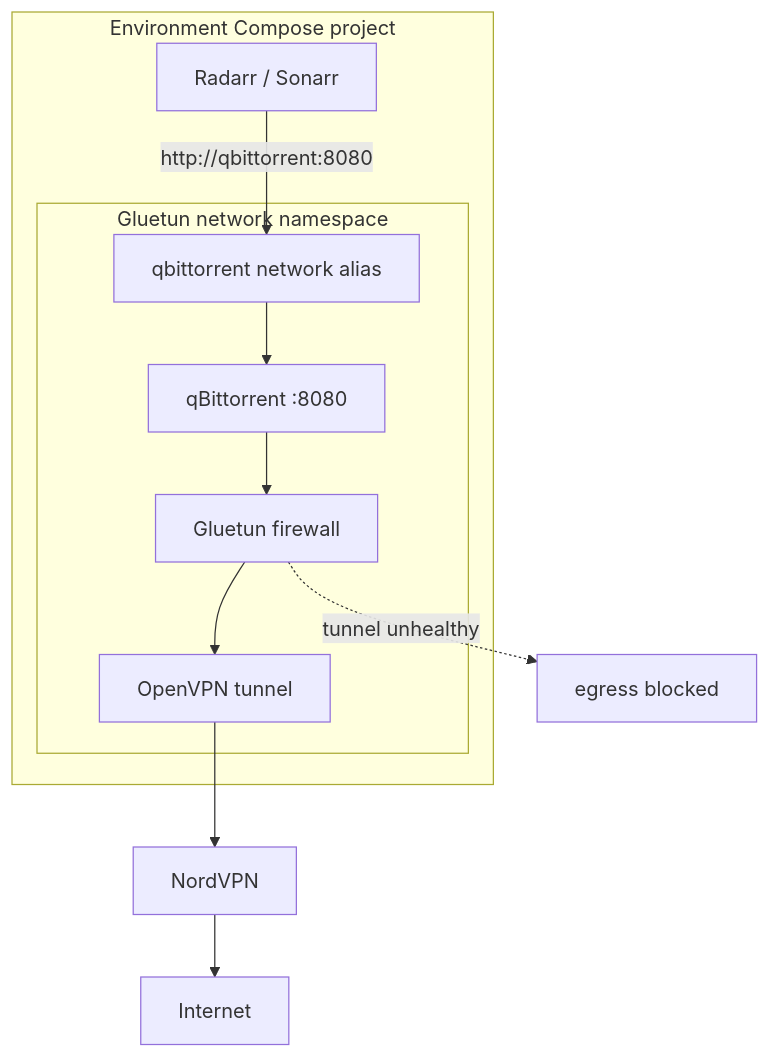
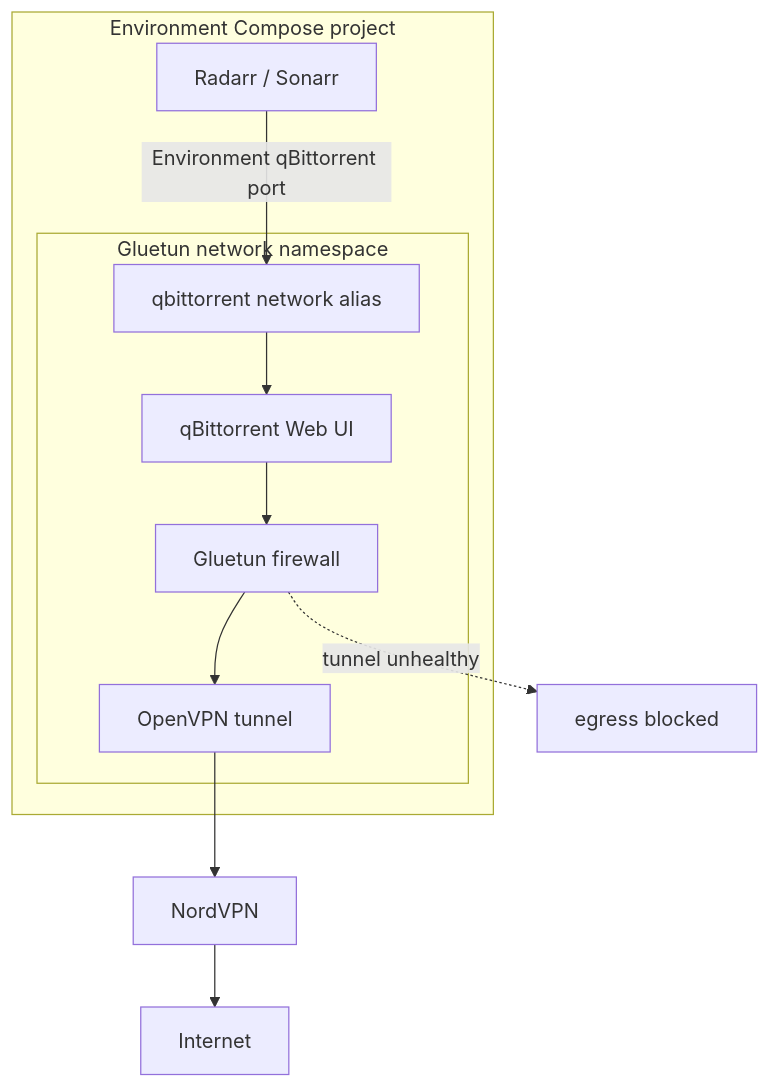
Before and after one commit to adkulas/homelab: the second of 4 diagrams in stacks/media/README.md, drawn with Mermaid. The commit also changed other lines of this file and 35 other files, not shown here.

````diff
--- a/stacks/media/README.md
+++ b/stacks/media/README.md
@@ -341,16 +338,16 @@
 ```mermaid
 flowchart TB
     subgraph Project[Environment Compose project]
-        Apps[Radarr / Sonarr] -->|http://qbittorrent:8080| Alias[qbittorrent network alias]
+        Apps[Radarr / Sonarr] -->|Environment qBittorrent port| Alias[qbittorrent network alias]
 
         subgraph Namespace[Gluetun network namespace]
-            Alias --> QB[qBittorrent :8080]
+            Alias --> QB[qBittorrent Web UI]
             QB --> Firewall[Gluetun firewall]
             Firewall --> Tunnel[OpenVPN tunnel]
         end
     end
 
     Tunnel --> NordVPN[NordVPN]
     NordVPN --> Internet[Internet]
     Firewall -. tunnel unhealthy .-> Blocked[egress blocked]
 ```
````
